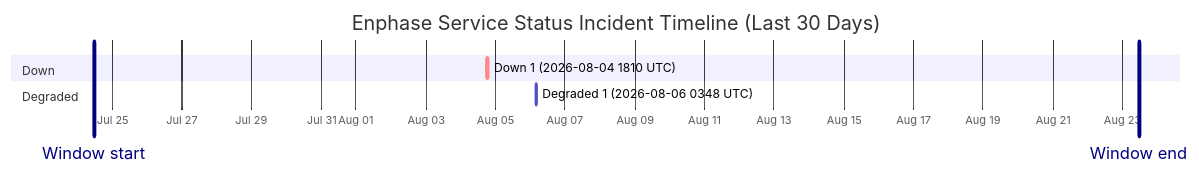
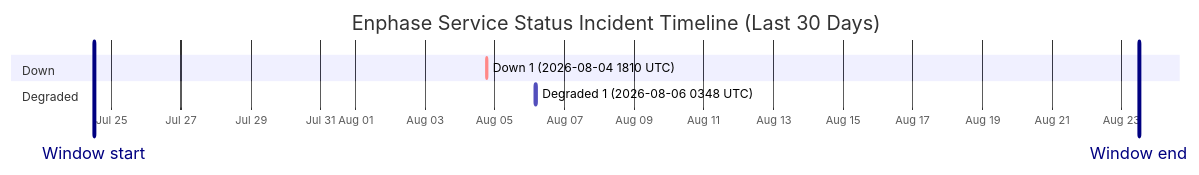
One commit to barneyonline/ha-enphase-energy changed the diagram in wiki/Service-Status-History.md. Above: the diagram before and after it, drawn with Mermaid. The commit also changed other lines of this file and 3 other files, not shown here.

````diff
--- a/wiki/Service-Status-History.md
+++ b/wiki/Service-Status-History.md
@@ -14,12 +14,12 @@
 ```mermaid
 gantt
     title Enphase Service Status Incident Timeline (Last 30 Days)
     dateFormat  YYYY-MM-DDTHH:mm:ss
     axisFormat  %b %d
-    Window start :vert, window-start, 2026-07-24T11:19:00, 0ms
-    Window end :vert, window-end, 2026-08-23T11:19:00, 0ms
+    Window start :vert, window-start, 2026-07-24T11:44:55, 0ms
+    Window end :vert, window-end, 2026-08-23T11:44:55, 0ms
     section Down
     Down 1 (2026-08-04 1810 UTC) :crit, down-1, 2026-08-04T18:10:46, 60m
     section Degraded
     Degraded 1 (2026-08-06 0348 UTC) :active, degraded-1, 2026-08-06T03:48:14, 60m
 ```
````
